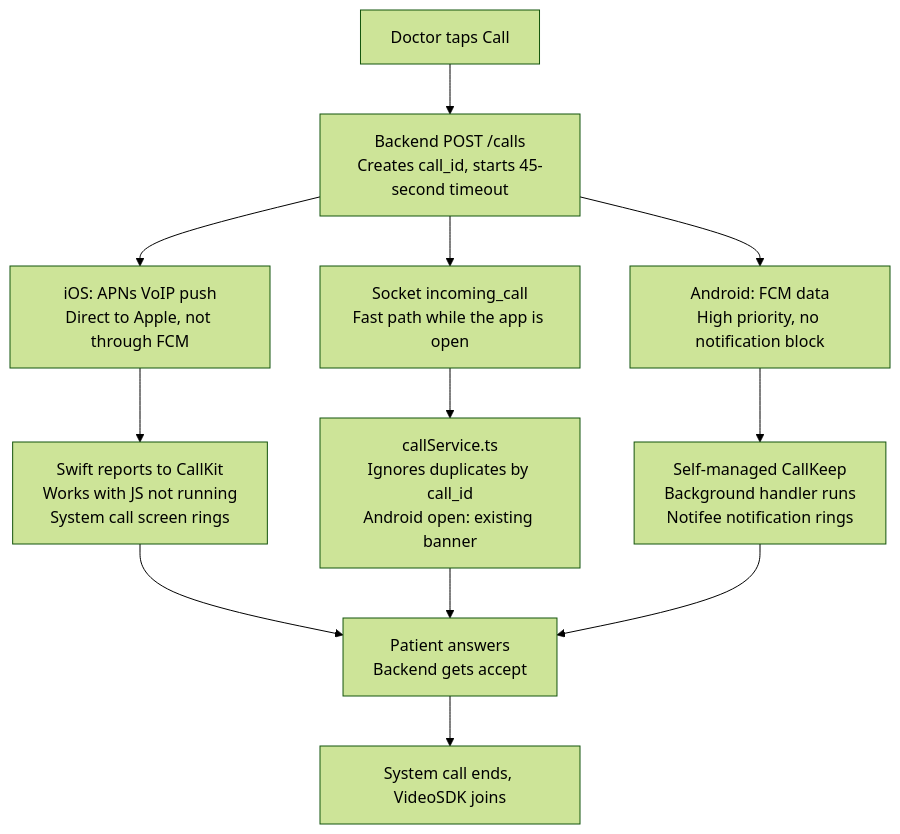
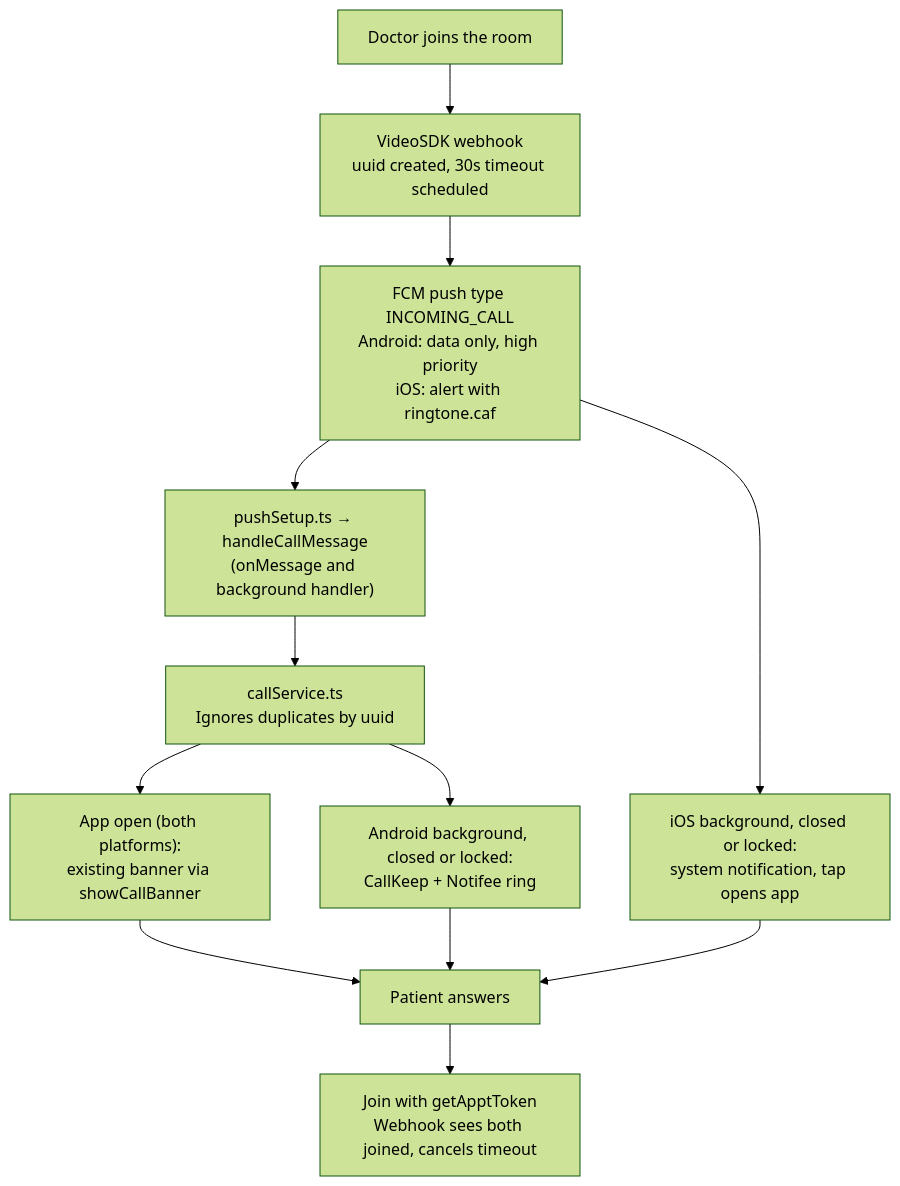
Before and after one commit to predcare/dev-patient: the diagram in docs/callkeepringingplan.md, drawn with Mermaid (forest theme). The commit also changed other lines of this file and 20 other files, not shown here.

Commit message:
feat: integrate react-native-callkeep for native incoming call ringing on Android

````diff
--- a/docs/callkeepringingplan.md
+++ b/docs/callkeepringingplan.md
@@ -23,14 +27,14 @@
 ```mermaid
 flowchart TD
-  A[Doctor taps Call] --> B["Backend POST /calls<br/>Creates call_id, starts 45-second timeout"]
-  B --> C["iOS: APNs VoIP push<br/>Direct to Apple, not through FCM"]
-  B --> D["Socket incoming_call<br/>Fast path while the app is open"]
-  B --> E["Android: FCM data<br/>High priority, no notification block"]
-  C --> F["Swift reports to CallKit<br/>Works with JS not running<br/>System call screen rings"]
-  D --> G["callService.ts<br/>Ignores duplicates by call_id<br/>Android open: existing banner"]
-  E --> H["Self-managed CallKeep<br/>Background handler runs<br/>Notifee notification rings"]
-  F --> I["Patient answers<br/>Backend gets accept"]
-  G --> I
-  H --> I
-  I --> J[System call ends, VideoSDK joins]
+  A[Doctor joins the room] --> B["VideoSDK webhook<br/>uuid created, 30s timeout scheduled"]
+  B --> D["FCM push type INCOMING_CALL<br/>Android: data only, high priority<br/>iOS: alert with ringtone.caf"]
+  D --> F["pushSetup.ts → handleCallMessage<br/>(onMessage and background handler)"]
+  F --> G["callService.ts<br/>Ignores duplicates by uuid"]
+  G --> H1["App open (both platforms):<br/>existing banner via showCallBanner"]
+  G --> H2["Android background, closed or locked:<br/>CallKeep + Notifee ring"]
+  D --> H3["iOS background, closed or locked:<br/>system notification, tap opens app"]
+  H1 --> I[Patient answers]
+  H2 --> I
+  H3 --> I
+  I --> J["Join with getApptToken<br/>Webhook sees both joined, cancels timeout"]
 ```
````
